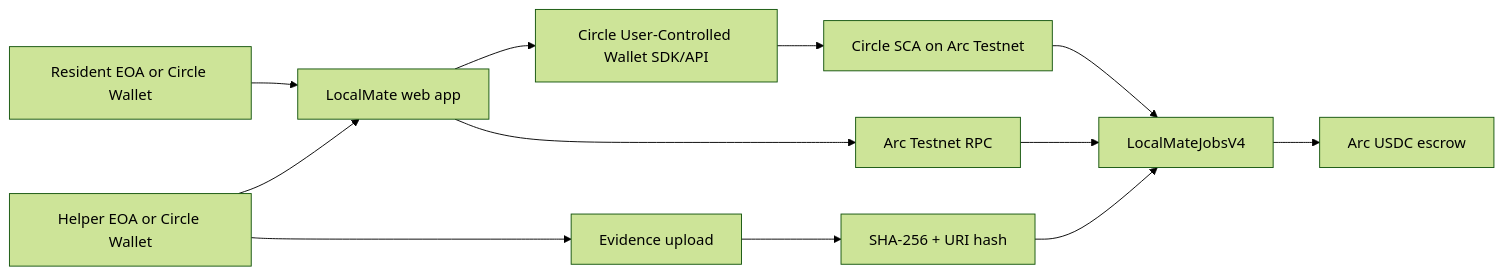
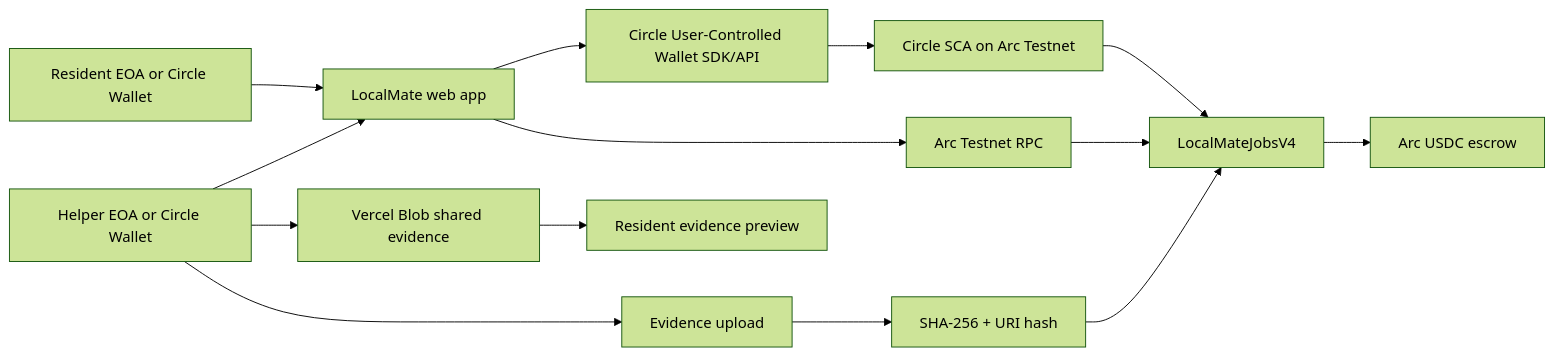
One commit to eaglebooth/LocalMate-Arc changed the diagram in ARCHITECTURE.md. Above: the diagram before and after it, drawn with Mermaid (forest theme). The commit also changed other lines of this file and 6 other files, not shown here.

Commit message:
Store and verify shared evidence with Vercel Blob

````diff
--- a/ARCHITECTURE.md
+++ b/ARCHITECTURE.md
@@ -5,14 +5,16 @@
 ```mermaid
 flowchart LR
   R[Resident EOA or Circle Wallet] --> UI[LocalMate web app]
   H[Helper EOA or Circle Wallet] --> UI
   UI --> C[Circle User-Controlled Wallet SDK/API]
   UI --> RPC[Arc Testnet RPC]
   C --> SCA[Circle SCA on Arc Testnet]
   SCA --> V4[LocalMateJobsV4]
   RPC --> V4
   V4 --> U[Arc USDC escrow]
-  H --> E[Evidence upload]
-  E --> HASH[SHA-256 + URI hash]
+  H --> B[Vercel Blob shared evidence]
+  B --> E[Resident evidence preview]
+  H --> E2[Evidence upload]
+  E2 --> HASH[SHA-256 + URI hash]
   HASH --> V4
 ```
````
